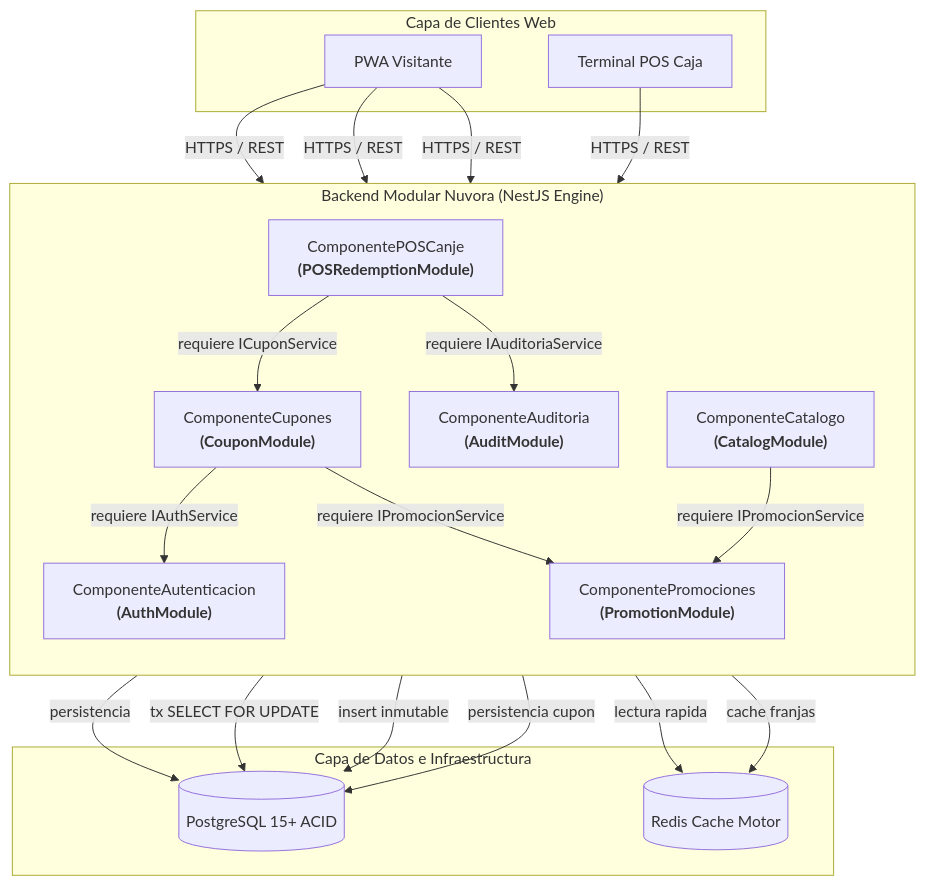
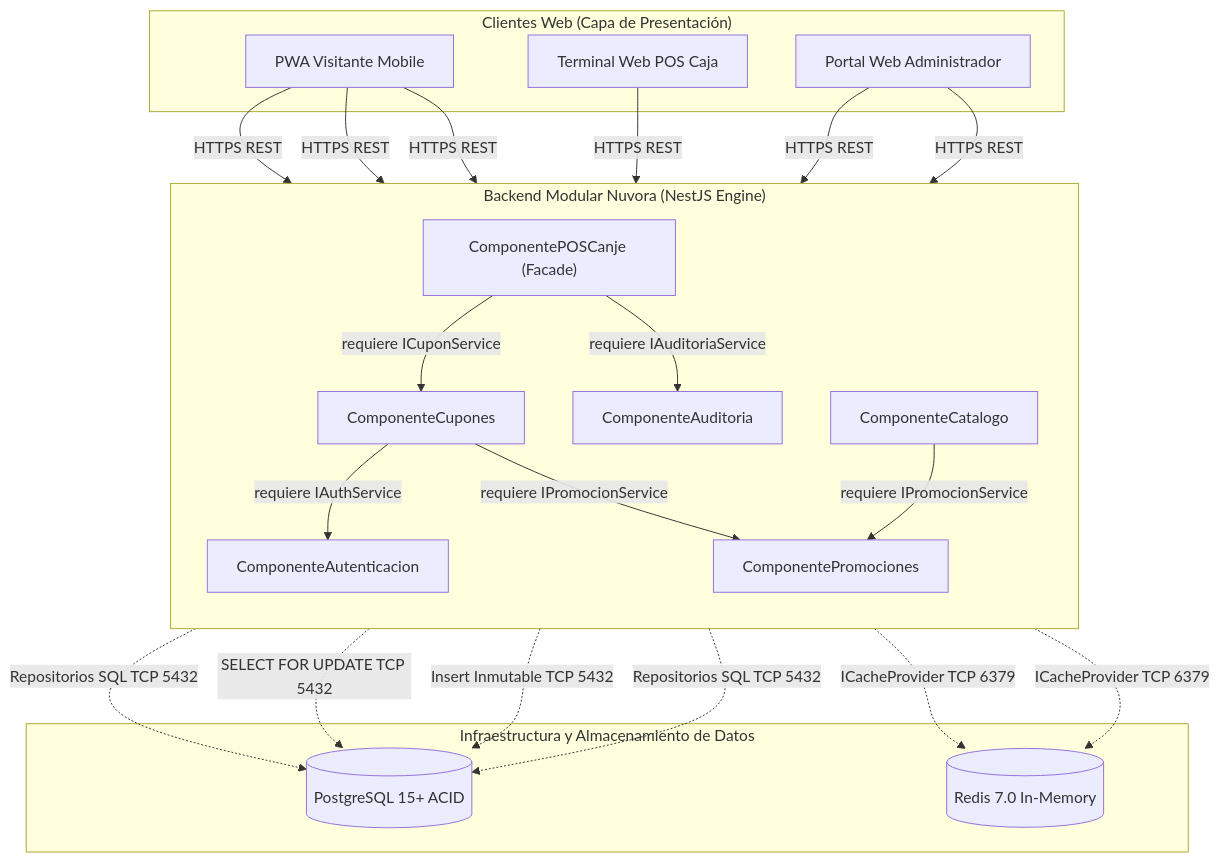
Before and after one commit to covaleda402/ADSO-3413974: the diagram in 02-training-project/01-phase/02-planning/06-architecture/04-evidence-learning/G2-P1-covaleda/05-vista-componentes.md, drawn with Mermaid. The commit also changed other lines of this file and 14 other files, not shown here.

Commit message:
feat(g2-p1): entrega final diseno de software nuvora (diagramas svg/drawio, patrones, vistas 4+1 y trazabilidad rf-01..rf-20)

````diff
--- a/02-training-project/01-phase/02-planning/06-architecture/04-evidence-learning/G2-P1-covaleda/05-vista-componentes.md
+++ b/02-training-project/01-phase/02-planning/06-architecture/04-evidence-learning/G2-P1-covaleda/05-vista-componentes.md
@@ -24,41 +24,43 @@
 ```mermaid
 flowchart TD
-    subgraph FRONTEND["Capa de Clientes Web"]
-        PWA["PWA Visitante"]
-        POS["Terminal POS Caja"]
+    subgraph FRONTEND["Clientes Web (Capa de Presentación)"]
+        PWA["PWA Visitante Mobile"]
+        POS["Terminal Web POS Caja"]
+        ADMIN["Portal Web Administrador"]
     end
 
     subgraph BACKEND["Backend Modular Nuvora (NestJS Engine)"]
         direction TB
-        
-        C_AUTH["ComponenteAutenticacion<br><b>(AuthModule)</b>"]
-        C_CAT["ComponenteCatalogo<br><b>(CatalogModule)</b>"]
-        C_PROMO["ComponentePromociones<br><b>(PromotionModule)</b>"]
-        C_CUPON["ComponenteCupones<br><b>(CouponModule)</b>"]
-        C_POS["ComponentePOSCanje<br><b>(POSRedemptionModule)</b>"]
-        C_AUDIT["ComponenteAuditoria<br><b>(AuditModule)</b>"]
+        C_AUTH["ComponenteAutenticacion"]
+        C_CAT["ComponenteCatalogo"]
+        C_PROMO["ComponentePromociones"]
+        C_CUPON["ComponenteCupones"]
+        C_POS["ComponentePOSCanje (Facade)"]
+        C_AUDIT["ComponenteAuditoria"]
     end
 
-    subgraph INFRA["Capa de Datos e Infraestructura"]
+    subgraph INFRA["Infraestructura y Almacenamiento de Datos"]
         DB[(PostgreSQL 15+ ACID)]
-        REDIS[(Redis Cache Motor)]
+        REDIS[(Redis 7.0 In-Memory)]
     end
 
-    PWA -->|HTTPS / REST| C_AUTH
-    PWA -->|HTTPS / REST| C_CAT
-    PWA -->|HTTPS / REST| C_CUPON
-    POS -->|HTTPS / REST| C_POS
+    PWA -->|HTTPS REST| C_AUTH
+    PWA -->|HTTPS REST| C_CAT
+    PWA -->|HTTPS REST| C_CUPON
+    POS -->|HTTPS REST| C_POS
+    ADMIN -->|HTTPS REST| C_PROMO
+    ADMIN -->|HTTPS REST| C_AUDIT
 
     C_POS -->|requiere ICuponService| C_CUPON
     C_POS -->|requiere IAuditoriaService| C_AUDIT
     C_CUPON -->|requiere IPromocionService| C_PROMO
     C_CUPON -->|requiere IAuthService| C_AUTH
     C_CAT -->|requiere IPromocionService| C_PROMO
 
-    C_CAT -->|lectura rapida| REDIS
-    C_PROMO -->|cache franjas| REDIS
-    C_AUTH -->|persistencia| DB
-    C_POS -->|tx SELECT FOR UPDATE| DB
-    C_AUDIT -->|insert inmutable| DB
-    C_CUPON -->|persistencia cupon| DB
+    C_CAT -.->|ICacheProvider TCP 6379| REDIS
+    C_PROMO -.->|ICacheProvider TCP 6379| REDIS
+    C_AUTH -.->|Repositorios SQL TCP 5432| DB
+    C_POS -.->|SELECT FOR UPDATE TCP 5432| DB
+    C_AUDIT -.->|Insert Inmutable TCP 5432| DB
+    C_CUPON -.->|Repositorios SQL TCP 5432| DB
 ```
````
